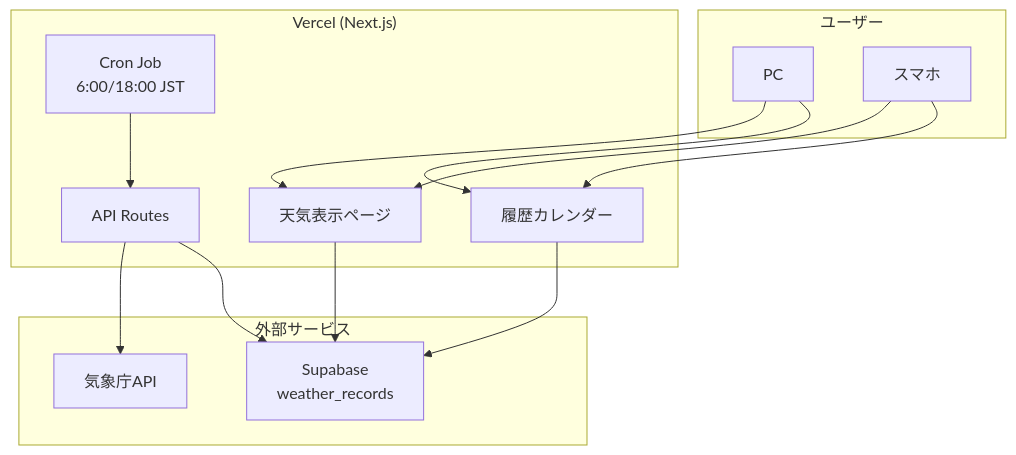
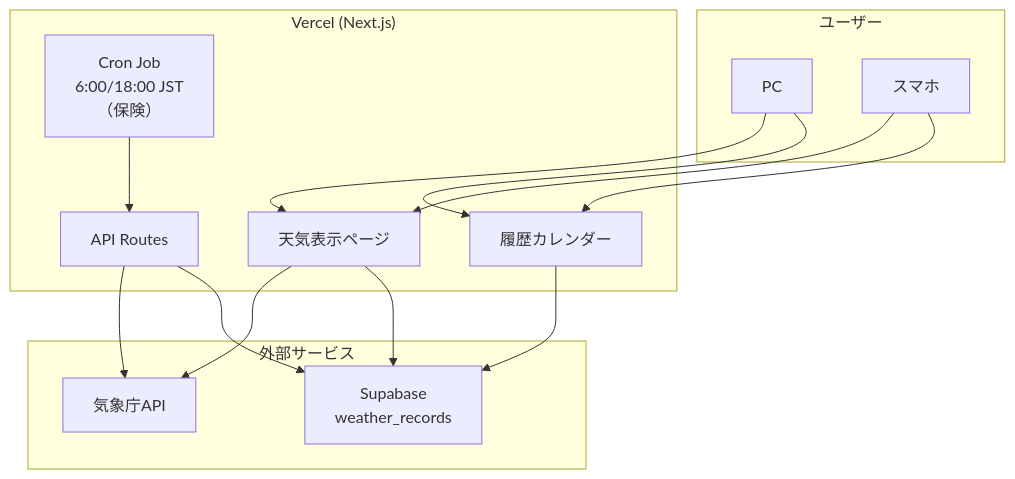
One commit to QuatrexEX/sagamihara-weather changed the diagram in CLAUDE.md. Above: the diagram before and after it, drawn with Mermaid. The commit also changed other lines of this file, not shown here.

First line of the commit message:
Update CLAUDE.md with data flow changes

````diff
--- a/CLAUDE.md
+++ b/CLAUDE.md
@@ -77,29 +77,30 @@
 ```mermaid
 flowchart TB
     subgraph User["ユーザー"]
         PC["PC"]
         SP["スマホ"]
     end
 
     subgraph Vercel["Vercel (Next.js)"]
         Page1["天気表示ページ"]
         Page2["履歴カレンダー"]
         API["API Routes"]
-        Cron["Cron Job<br/>6:00/18:00 JST"]
+        Cron["Cron Job<br/>6:00/18:00 JST<br/>（保険）"]
     end
 
     subgraph External["外部サービス"]
         JMA["気象庁API"]
         Supabase["Supabase<br/>weather_records"]
     end
 
     PC --> Page1
     SP --> Page1
     PC --> Page2
     SP --> Page2
+    Page1 --> JMA
     Page1 --> Supabase
     Page2 --> Supabase
     Cron --> API
     API --> JMA
     API --> Supabase
 ```
````
